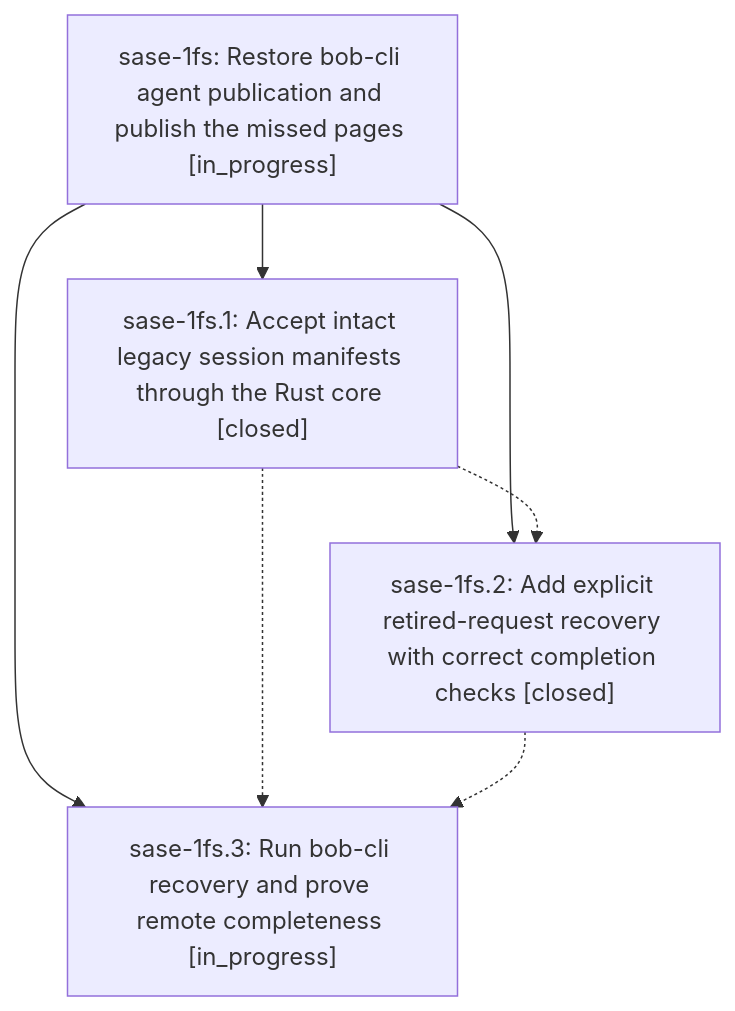
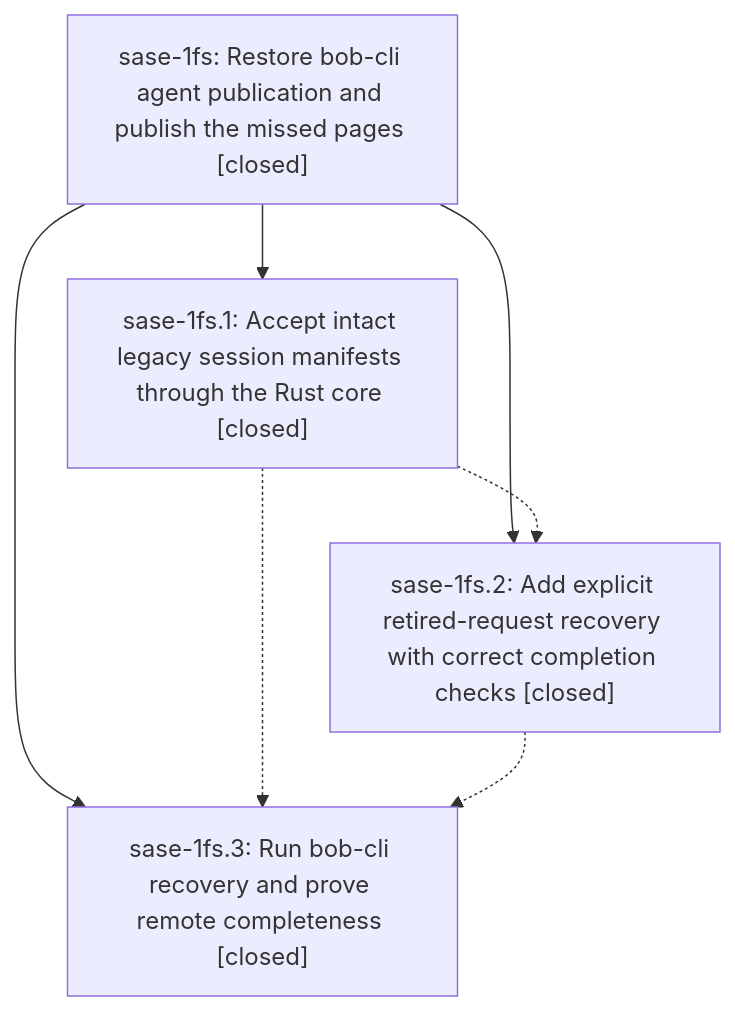
One commit to sase-org/sase--beads changed the diagram in pages/sase-1fs/README.md. Above: the diagram before and after it, drawn with Mermaid. The commit also changed other lines of this file and 3 other files, not shown here.

First line of the commit message:
chore(beads): sync bead state and pages for sase-1fs

````diff
--- a/pages/sase-1fs/README.md
+++ b/pages/sase-1fs/README.md
@@ -38,13 +58,13 @@
 ```mermaid
 flowchart TD
-    n0["sase-1fs: Restore bob-cli agent publication and publish the missed pages [in_progress]"]
+    n0["sase-1fs: Restore bob-cli agent publication and publish the missed pages [closed]"]
     n1["sase-1fs.1: Accept intact legacy session manifests through the Rust core [closed]"]
     n2["sase-1fs.2: Add explicit retired-request recovery with correct completion checks [closed]"]
-    n3["sase-1fs.3: Run bob-cli recovery and prove remote completeness [in_progress]"]
+    n3["sase-1fs.3: Run bob-cli recovery and prove remote completeness [closed]"]
     n0 --> n1
     n0 --> n2
     n0 --> n3
     n1 -.-> n2
     n1 -.-> n3
     n2 -.-> n3
 ```
````
